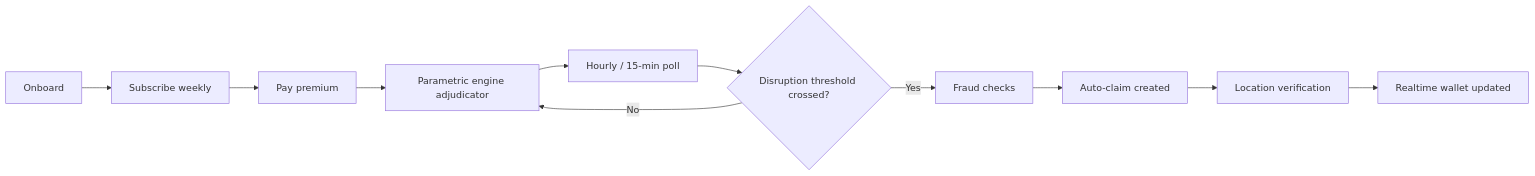
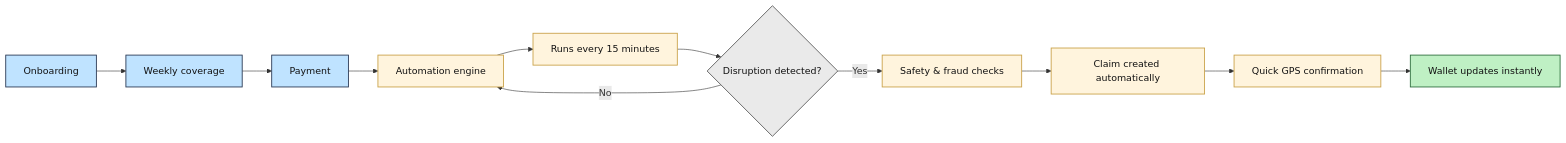
The diagram in Docs/src/content/docs/index.mdx (lohitkolluri/Oasis), drawn with Mermaid before and after one commit. The commit also changed 9 other files, not shown here.

````diff
--- a/Docs/src/content/docs/index.mdx
+++ b/Docs/src/content/docs/index.mdx
@@ -68,24 +68,34 @@
 ```mermaid
 flowchart LR
-    O[Onboard]
-    S[Subscribe weekly]
-    P[Pay premium]
-    E[Parametric engine adjudicator]
-    H[Hourly / 15-min poll]
-    Q{Disruption threshold crossed?}
-    F[Fraud checks]
-    A[Auto-claim created]
-    V[Location verification]
-    W[Realtime wallet updated]
+    O[Onboarding]
+    S[Weekly coverage]
+    P[Payment]
+    E[Automation engine]
+    H[Runs every 15 minutes]
+    Q{Disruption detected?}
+    F[Safety & fraud checks]
+    A[Claim created automatically]
+    V[Quick GPS confirmation]
+    W[Wallet updates instantly]
 
     O --> S
     S --> P
     P --> E
     E --> H
     H --> Q
     Q -->|No| E
     Q -->|Yes| F
     F --> A
     A --> V
     V --> W
+
+    classDef user fill:#BFE3FF,stroke:#2B3A55,stroke-width:1.5px,color:#111;
+    classDef system fill:#FFF4DD,stroke:#Caa24A,stroke-width:1.5px,color:#111;
+    classDef decision fill:#EAEAEA,stroke:#5A5A5A,stroke-width:1.5px,color:#111;
+    classDef success fill:#BFF0C4,stroke:#2F6F3E,stroke-width:1.5px,color:#111;
+
+    class O,S,P user;
+    class E,H,F,A,V system;
+    class Q decision;
+    class W success;
 ```
````
